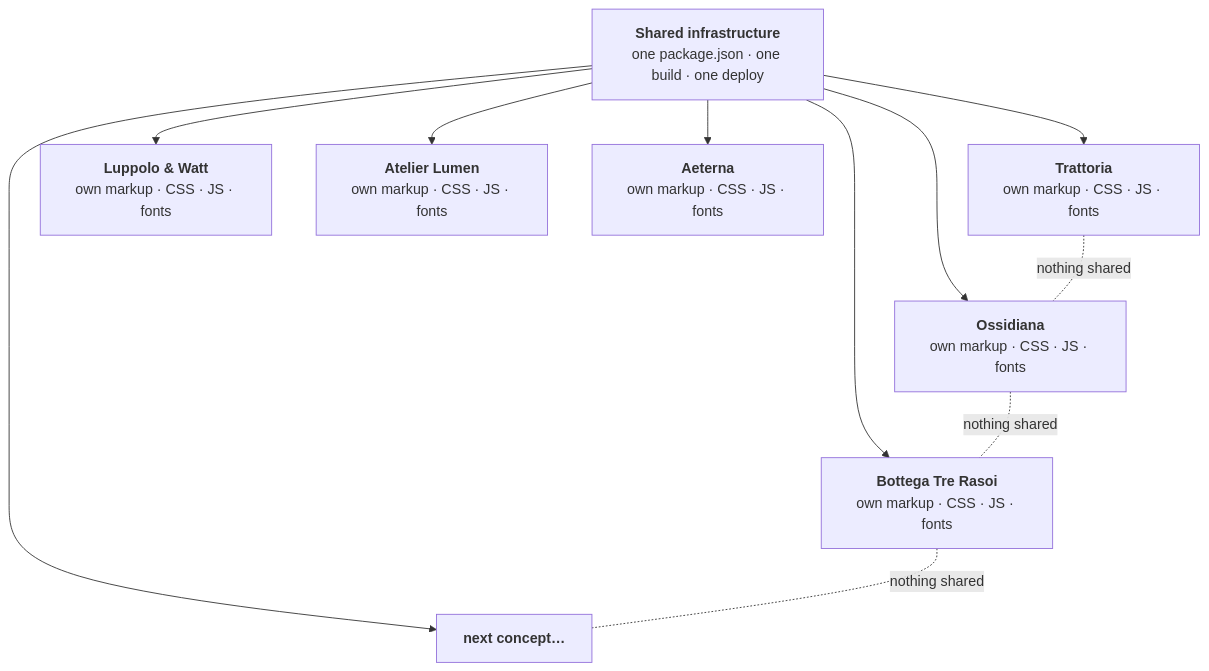
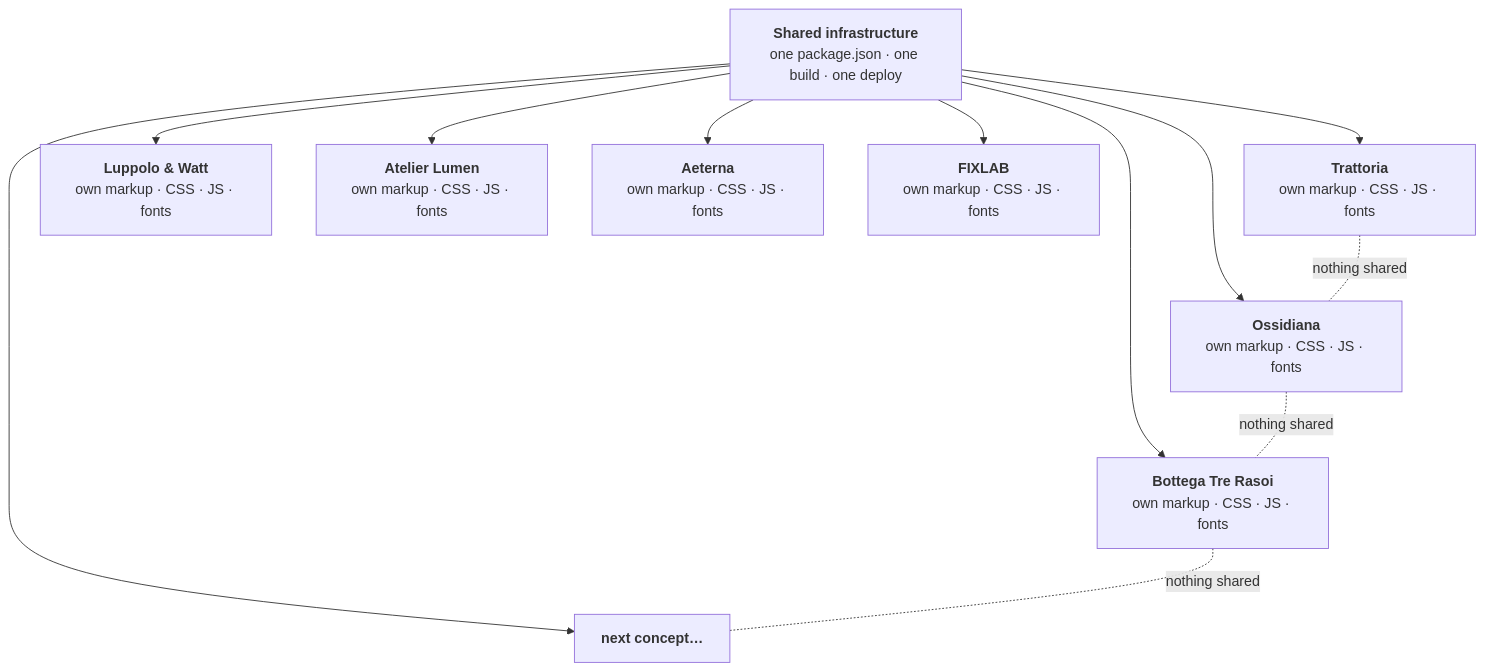
One commit to Loop-Studio-Web/vetrine changed the diagram in README.md. Above: the diagram before and after it, drawn with Mermaid. The commit also changed other lines of this file and 32 other files, not shown here.

````diff
--- a/README.md
+++ b/README.md
@@ -171,14 +191,15 @@
 ```mermaid
 flowchart TB
     infra["<b>Shared infrastructure</b><br/>one package.json · one build · one deploy"]
     infra --> T["<b>Trattoria</b><br/>own markup · CSS · JS · fonts"]
     infra --> O["<b>Ossidiana</b><br/>own markup · CSS · JS · fonts"]
     infra --> R["<b>Luppolo & Watt</b><br/>own markup · CSS · JS · fonts"]
     infra --> B["<b>Bottega Tre Rasoi</b><br/>own markup · CSS · JS · fonts"]
     infra --> L["<b>Atelier Lumen</b><br/>own markup · CSS · JS · fonts"]
     infra --> A["<b>Aeterna</b><br/>own markup · CSS · JS · fonts"]
+    infra --> F["<b>FIXLAB</b><br/>own markup · CSS · JS · fonts"]
     infra --> N["<b>next concept…</b>"]
     T -.-|nothing shared| O
     O -.-|nothing shared| B
     B -.-|nothing shared| N
 ```
````
